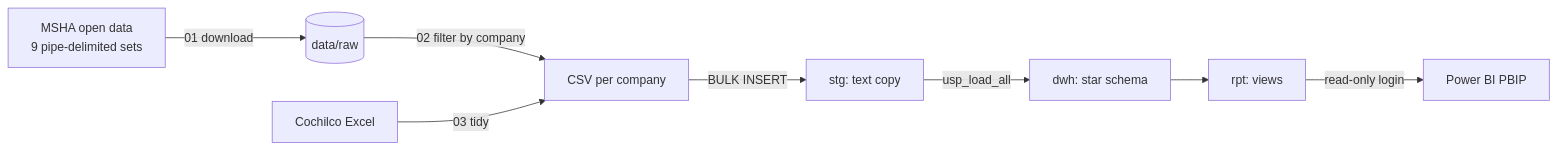
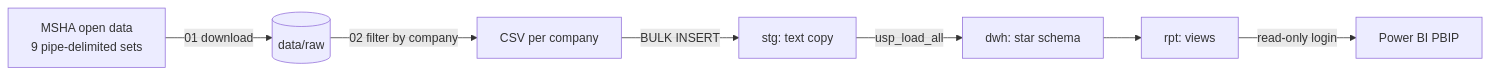
One commit to Katapentakill/mining-operations-safety-powerbi changed the diagram in README.md. Above: the diagram before and after it, drawn with Mermaid. The commit also changed other lines of this file and 180 other files, not shown here.

````diff
--- a/README.md
+++ b/README.md
@@ -63,10 +61,9 @@
 ```mermaid
 flowchart LR
     A[MSHA open data<br/>9 pipe-delimited sets] -->|01 download| B[(data/raw)]
     B -->|02 filter by company| C[CSV per company]
-    D[Cochilco Excel] -->|03 tidy| C
     C -->|BULK INSERT| E[stg: text copy]
     E -->|usp_load_all| F[dwh: star schema]
     F --> G[rpt: views]
     G -->|read-only login| H[Power BI PBIP]
 ```
````
